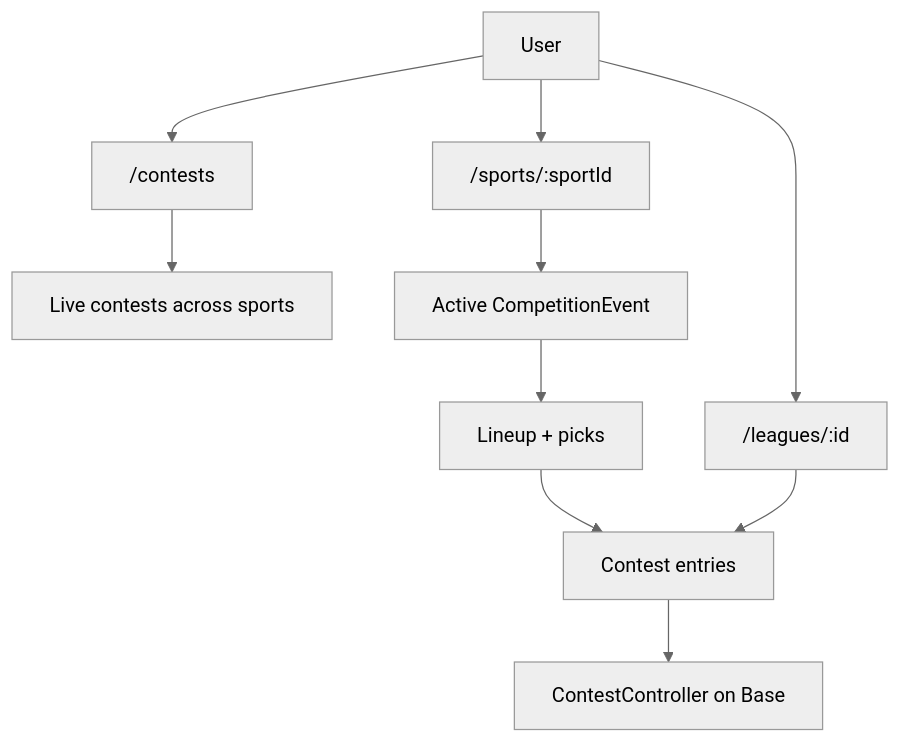
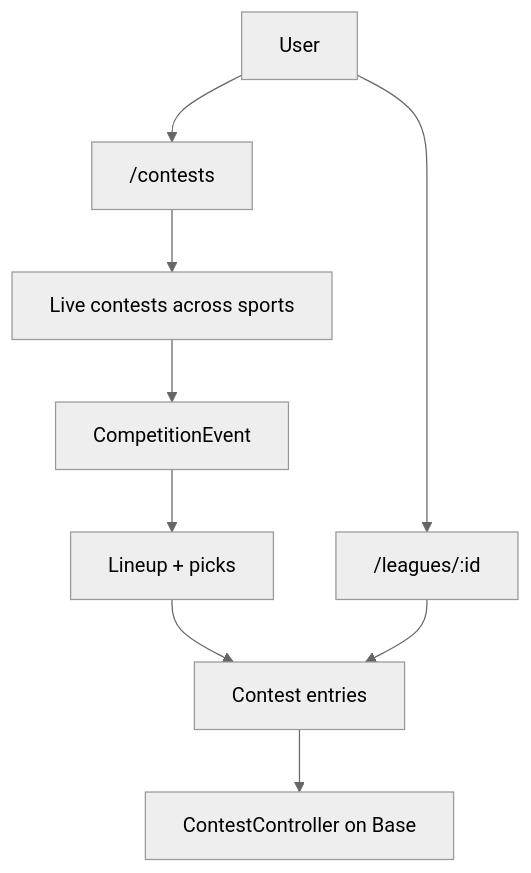
One commit to MagRelo/cut changed the diagram in spec/platform/README.md. Above: the diagram before and after it, drawn with Mermaid (neutral theme). The commit also changed other lines of this file and 34 other files, not shown here.

````diff
--- a/spec/platform/README.md
+++ b/spec/platform/README.md
@@ -11,12 +11,11 @@
 ```mermaid
 flowchart TB
   User --> Contests["/contests"]
   User --> Leagues["/leagues/:id"]
   Contests --> Live[Live contests across sports]
-  User --> Hub["/sports/:sportId"]
-  Hub --> Event[Active CompetitionEvent]
+  Live --> Event[CompetitionEvent]
   Event --> Lineup[Lineup + picks]
   Lineup --> Contest[Contest entries]
   Leagues --> Contest
   Contest --> Chain[ContestController on Base]
 ```
````
